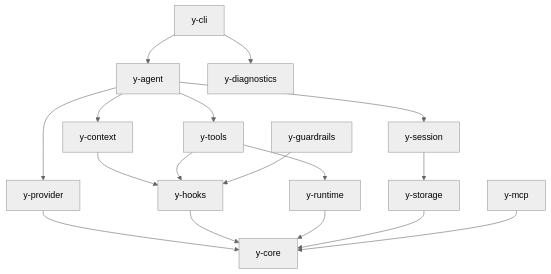
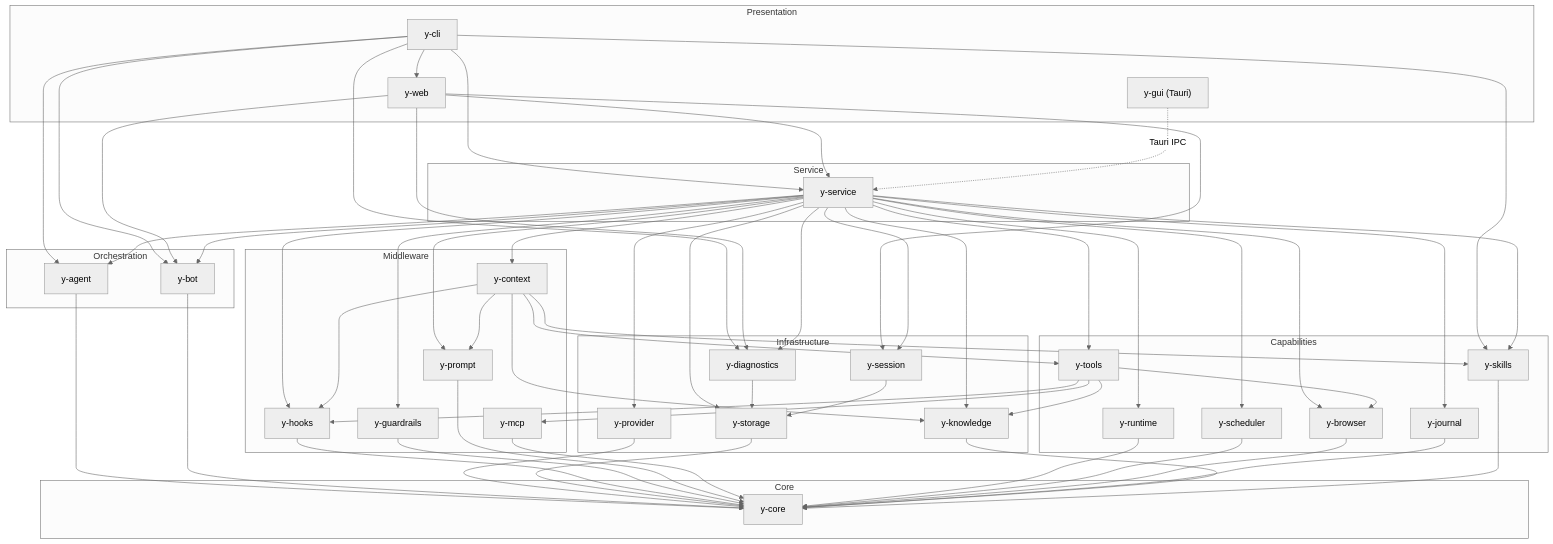
The diagram in website/docs/architecture/crate-map.md (gorgiaxx/y-agent), drawn with Mermaid (neutral theme) before and after one commit. The commit also changed other lines of this file and 11 other files, not shown here.

````diff
--- a/website/docs/architecture/crate-map.md
+++ b/website/docs/architecture/crate-map.md
@@ -71,19 +71,102 @@
 ```mermaid
 graph TD
-    CLI["y-cli"] --> AC["y-agent"]
-    CLI --> DIAG["y-diagnostics"]
-    AC --> CTX["y-context"]
-    AC --> PROV["y-provider"]
-    AC --> SESS["y-session"]
-    AC --> TOOLS["y-tools"]
-    CTX --> HOOKS["y-hooks"]
-    PROV --> CORE["y-core"]
-    SESS --> STORE["y-storage"]
+    subgraph Presentation
+        CLI["y-cli"]
+        WEB["y-web"]
+        GUI["y-gui (Tauri)"]
+    end
+
+    subgraph Service
+        SVC["y-service"]
+    end
+
+    subgraph Orchestration
+        AC["y-agent"]
+        BOT["y-bot"]
+    end
+
+    subgraph Capabilities
+        TOOLS["y-tools"]
+        SKILLS["y-skills"]
+        RT["y-runtime"]
+        SCHED["y-scheduler"]
+        BROWSER["y-browser"]
+        JOURNAL["y-journal"]
+    end
+
+    subgraph Middleware
+        CTX["y-context"]
+        HOOKS["y-hooks"]
+        GUARD["y-guardrails"]
+        PROMPT["y-prompt"]
+        MCP["y-mcp"]
+    end
+
+    subgraph Infrastructure
+        PROV["y-provider"]
+        SESS["y-session"]
+        STORE["y-storage"]
+        KB["y-knowledge"]
+        DIAG["y-diagnostics"]
+    end
+
+    subgraph Core
+        CORE["y-core"]
+    end
+
+    CLI --> SVC
+    CLI --> AC
+    CLI --> WEB
+    CLI --> SKILLS
+    CLI --> DIAG
+    CLI --> BOT
+    WEB --> SVC
+    WEB --> BOT
+    WEB --> SESS
+    WEB --> DIAG
+    GUI -.->|"Tauri IPC"| SVC
+
+    SVC --> AC
+    SVC --> BOT
+    SVC --> PROV
+    SVC --> SESS
+    SVC --> CTX
+    SVC --> HOOKS
+    SVC --> TOOLS
+    SVC --> STORE
+    SVC --> RT
+    SVC --> GUARD
+    SVC --> KB
+    SVC --> BROWSER
+    SVC --> SCHED
+    SVC --> JOURNAL
+    SVC --> PROMPT
+    SVC --> DIAG
+    SVC --> SKILLS
+
+    AC --> CORE
+    BOT --> CORE
+    CTX --> PROMPT
+    CTX --> HOOKS
+    CTX --> SKILLS
+    CTX --> KB
+    CTX --> TOOLS
     TOOLS --> HOOKS
-    TOOLS --> RT["y-runtime"]
+    TOOLS --> BROWSER
+    TOOLS --> KB
+    TOOLS --> MCP
+    DIAG --> STORE
+    SESS --> STORE
+    PROV --> CORE
+    STORE --> CORE
     HOOKS --> CORE
+    GUARD --> CORE
+    PROMPT --> CORE
+    MCP --> CORE
     RT --> CORE
-    STORE --> CORE
-    GUARD["y-guardrails"] --> HOOKS
-    MCP["y-mcp"] --> CORE
+    SCHED --> CORE
+    BROWSER --> CORE
+    JOURNAL --> CORE
+    KB --> CORE
+    SKILLS --> CORE
 ```
````
